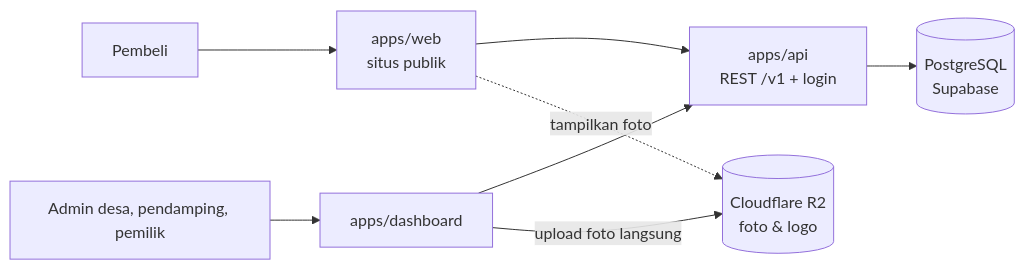
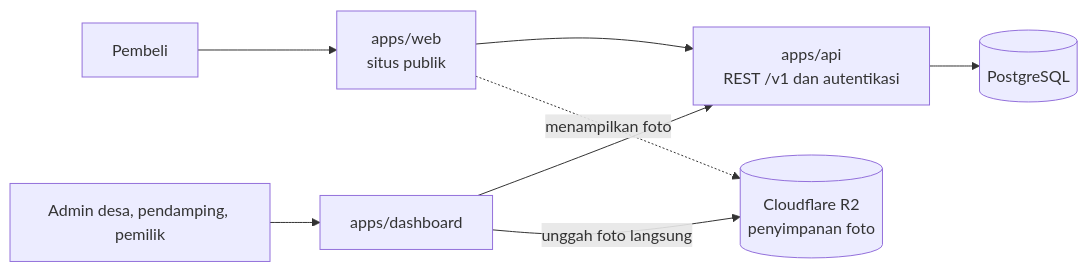
One commit to raflimaulanayh/desanara.app changed the second of 2 diagrams in README.md. Above: the diagram before and after it, drawn with Mermaid. The commit also changed other lines of this file and 13 other files, not shown here.

````diff
--- a/README.md
+++ b/README.md
@@ -103,10 +132,10 @@
 ```mermaid
 flowchart LR
   Buyer[Pembeli] --> Web[apps/web<br/>situs publik]
   Staff[Admin desa, pendamping, pemilik] --> Dash[apps/dashboard]
-  Web --> API[apps/api<br/>REST /v1 + login]
+  Web --> API[apps/api<br/>REST /v1 dan autentikasi]
   Dash --> API
-  Dash -->|upload foto langsung| R2[(Cloudflare R2<br/>foto & logo)]
-  API --> DB[(PostgreSQL<br/>Supabase)]
-  Web -.->|tampilkan foto| R2
+  Dash -->|unggah foto langsung| R2[(Cloudflare R2<br/>penyimpanan foto)]
+  API --> DB[(PostgreSQL)]
+  Web -.->|menampilkan foto| R2
 ```
````
